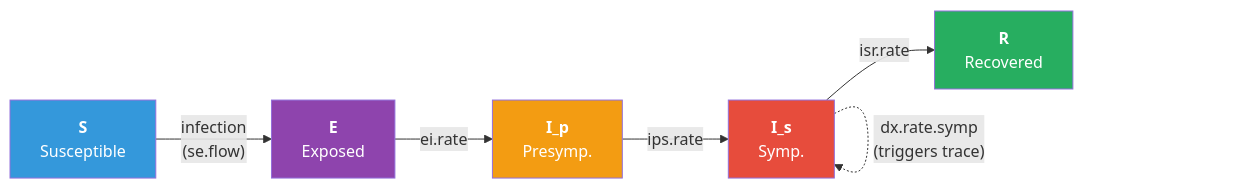
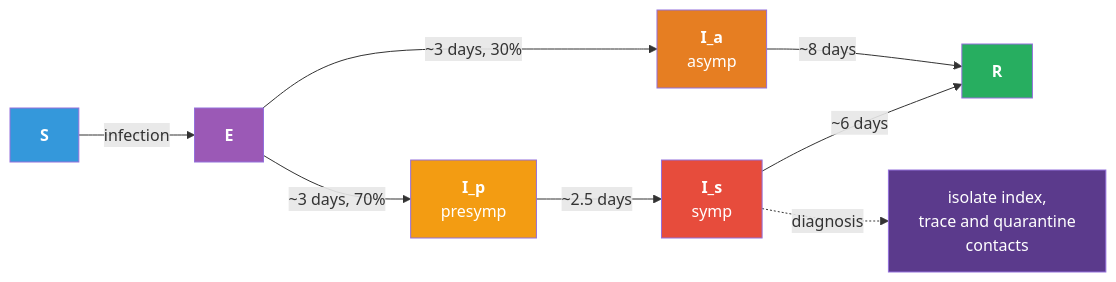
The diagram in examples/seir-contact-tracing/README.md (EpiModel/EpiModel-Gallery), drawn with Mermaid before and after one commit. The commit also changed other lines of this file and 15 other files, not shown here.

````diff
--- a/examples/seir-contact-tracing/README.md
+++ b/examples/seir-contact-tracing/README.md
@@ -23,14 +20,18 @@
 ```mermaid
 flowchart LR
-    S["<b>S</b><br/>Susceptible"] -->|"infection<br/>(se.flow)"| E
-    E["<b>E</b><br/>Exposed"] -->|"ei.rate"| Ip
-    Ip["<b>I_p</b><br/>Presymp."] -->|"ips.rate"| Is
-    Is["<b>I_s</b><br/>Symp."] -->|"isr.rate"| R["<b>R</b><br/>Recovered"]
-    Is -.->|"dx.rate.symp<br/>(triggers trace)"| Is
+    S["<b>S</b>"] -->|"infection"| E
+    E["<b>E</b>"] -->|"~3 days, 70%"| Ip
+    E -->|"~3 days, 30%"| Ia["<b>I_a</b><br/>asymp"]
+    Ip["<b>I_p</b><br/>presymp"] -->|"~2.5 days"| Is["<b>I_s</b><br/>symp"]
+    Is -->|"~6 days"| R["<b>R</b>"]
+    Ia -->|"~8 days"| R
+    Is -.->|"diagnosis"| Q["isolate index,<br/>trace and quarantine<br/>contacts"]
 
     style S fill:#3498db,color:#fff
-    style E fill:#8e44ad,color:#fff
+    style E fill:#9b59b6,color:#fff
     style Ip fill:#f39c12,color:#fff
     style Is fill:#e74c3c,color:#fff
+    style Ia fill:#e67e22,color:#fff
     style R fill:#27ae60,color:#fff
+    style Q fill:#5b3a8c,color:#fff
 ```
````
